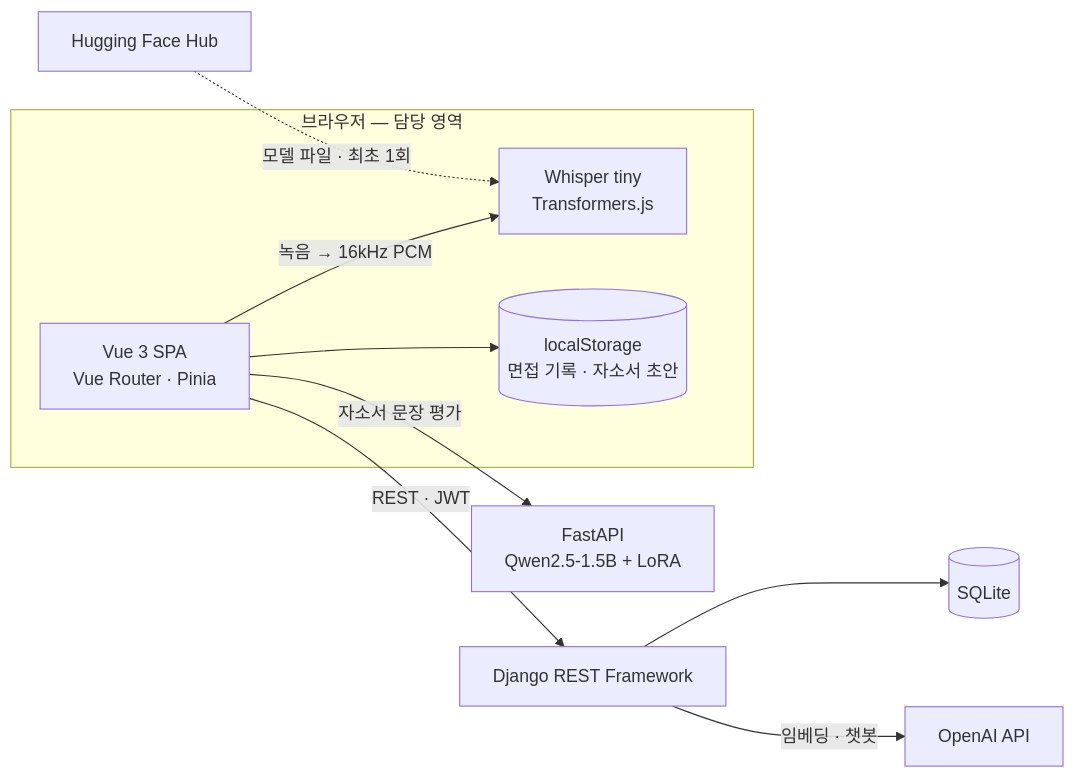
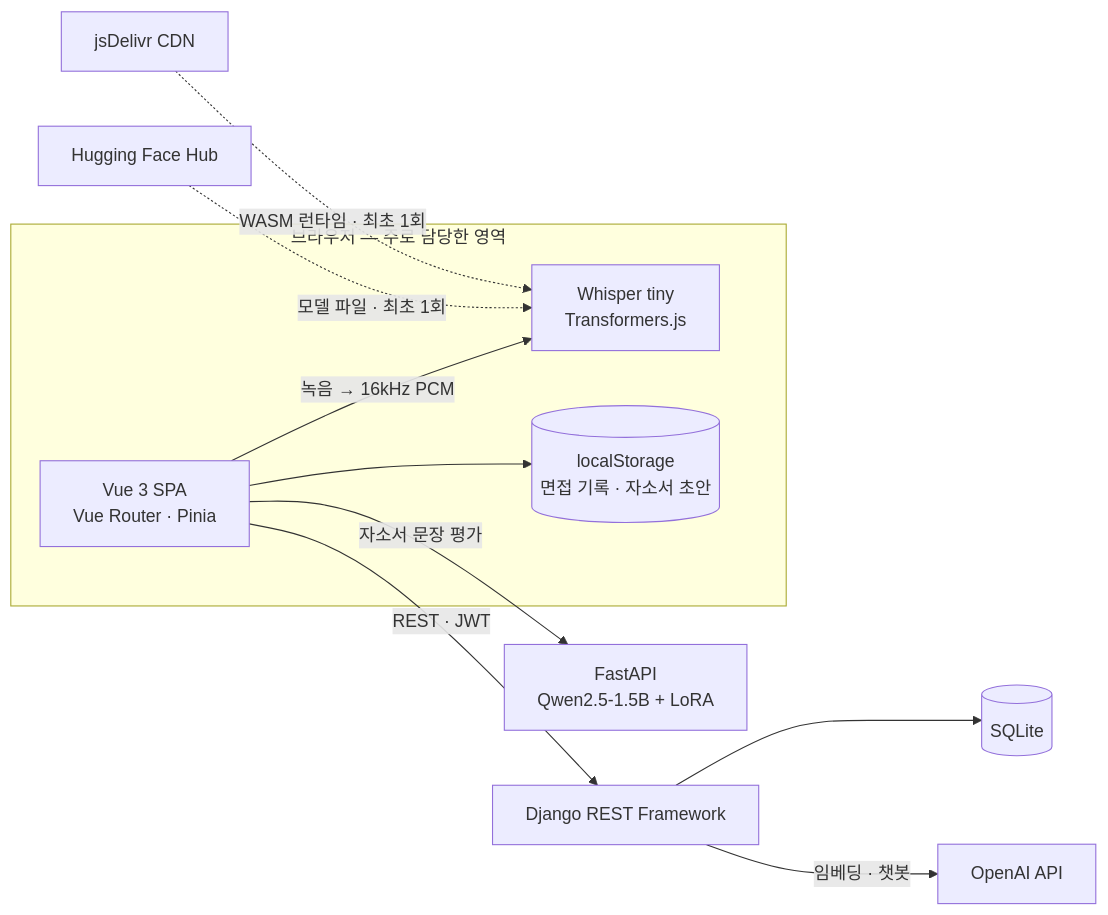
The fourth of 4 diagrams in README.md (handongin1500/handongin1500), drawn with Mermaid before and after one commit. The commit also changed other lines of this file and 1 other file, not shown here.

````diff
--- a/README.md
+++ b/README.md
@@ -509,15 +508,16 @@
 ```mermaid
 flowchart LR
-  subgraph Browser["브라우저 — 담당 영역"]
+  subgraph Browser["브라우저 — 주로 담당한 영역"]
     UI["Vue 3 SPA<br/>Vue Router · Pinia"]
     STT["Whisper tiny<br/>Transformers.js"]
     LS[("localStorage<br/>면접 기록 · 자소서 초안")]
     UI -->|"녹음 → 16kHz PCM"| STT
     UI --> LS
   end
   HF["Hugging Face Hub"] -.->|"모델 파일 · 최초 1회"| STT
+  CDN["jsDelivr CDN"] -.->|"WASM 런타임 · 최초 1회"| STT
   UI -->|"REST · JWT"| DRF["Django REST Framework"]
   UI -->|"자소서 문장 평가"| EVAL["FastAPI<br/>Qwen2.5-1.5B + LoRA"]
   DRF --> DB[("SQLite")]
   DRF -->|"임베딩 · 챗봇"| GPT["OpenAI API"]
 ```
````
